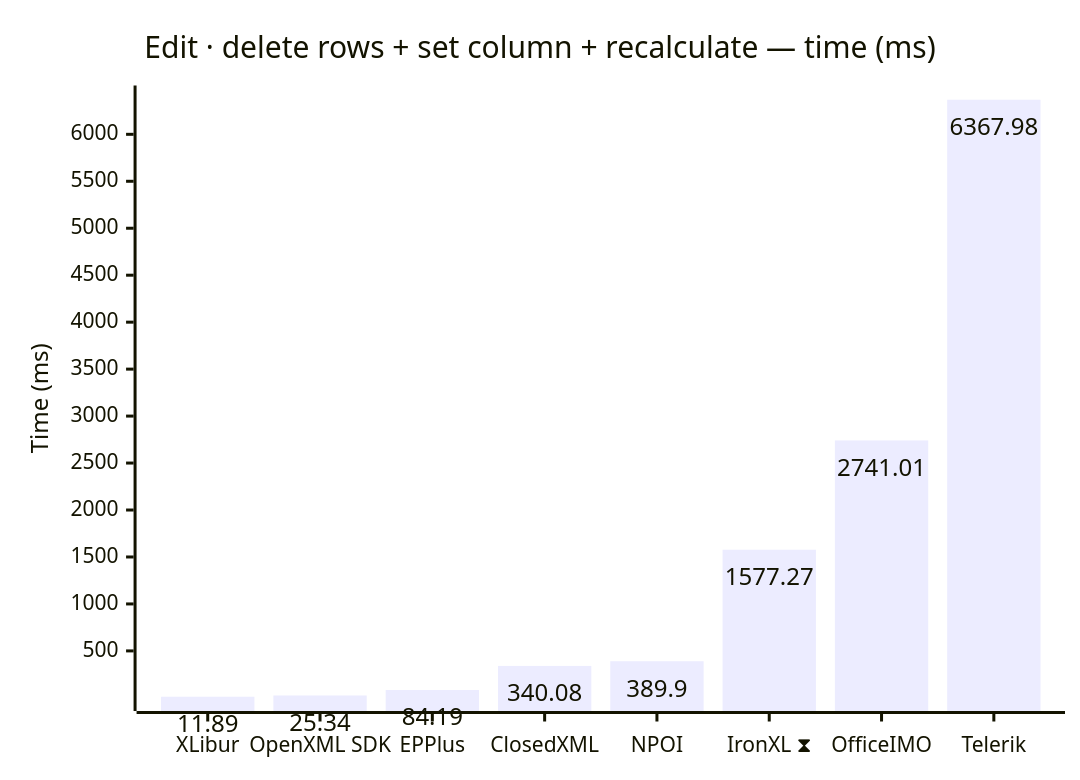
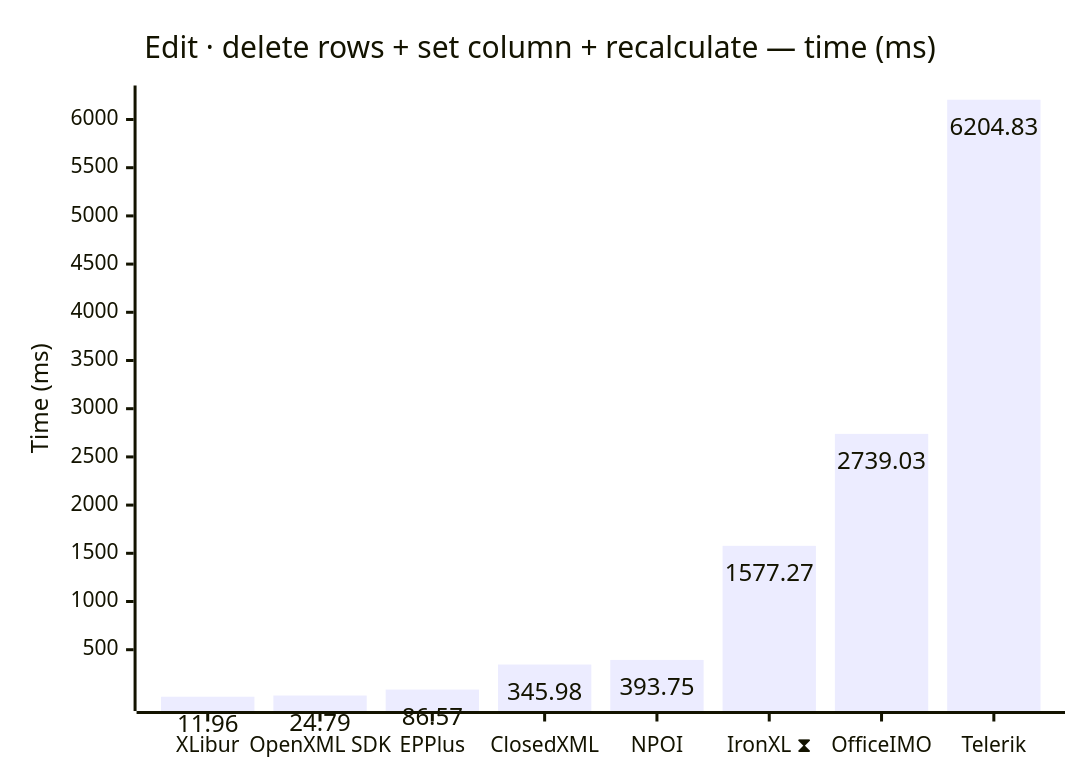
Before and after one commit to jafin/XLBench: the ninth of 12 diagrams in docs/results.md, drawn with Mermaid. The commit also changed other lines of this file and 11 other files, not shown here.

````diff
--- a/docs/results.md
+++ b/docs/results.md
@@ -145,12 +146,12 @@
 ```mermaid
 ---
 config:
   xyChart:
     showDataLabel: true
 ---
 xychart-beta
     title "Edit · delete rows + set column + recalculate — time (ms)"
     x-axis ["XLibur", "OpenXML SDK", "EPPlus", "ClosedXML", "NPOI", "IronXL ⧗", "OfficeIMO", "Telerik"]
     y-axis "Time (ms)"
-    bar [11.89, 25.34, 84.19, 340.08, 389.9, 1577.27, 2741.01, 6367.98]
+    bar [11.96, 24.79, 86.57, 345.98, 393.75, 1577.27, 2739.03, 6204.83]
 ```
````
